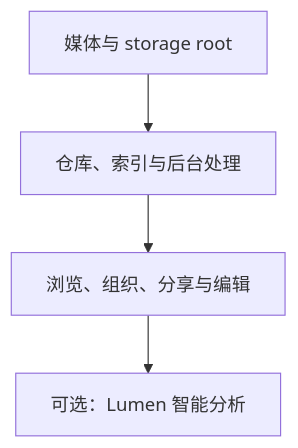
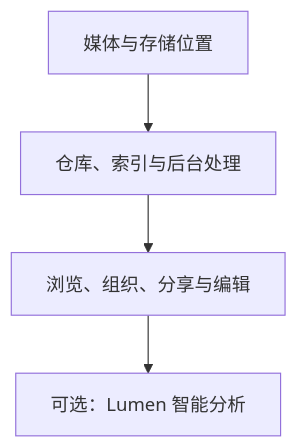
One commit to EdwinZhanCN/Lumilio-Photos changed the diagram in site/docs/zh-cn/user-manual/introduction/index.md. Above: the diagram before and after it, drawn with Mermaid. The commit also changed other lines of this file and 53 other files, not shown here.

````diff
--- a/site/docs/zh-cn/user-manual/introduction/index.md
+++ b/site/docs/zh-cn/user-manual/introduction/index.md
@@ -15,6 +15,6 @@
 ```mermaid
 flowchart TD
-    A["媒体与 storage root"] --> B["仓库、索引与后台处理"]
+    A["媒体与存储位置"] --> B["仓库、索引与后台处理"]
     B --> C["浏览、组织、分享与编辑"]
     C --> D["可选：Lumen 智能分析"]
 ```
````
